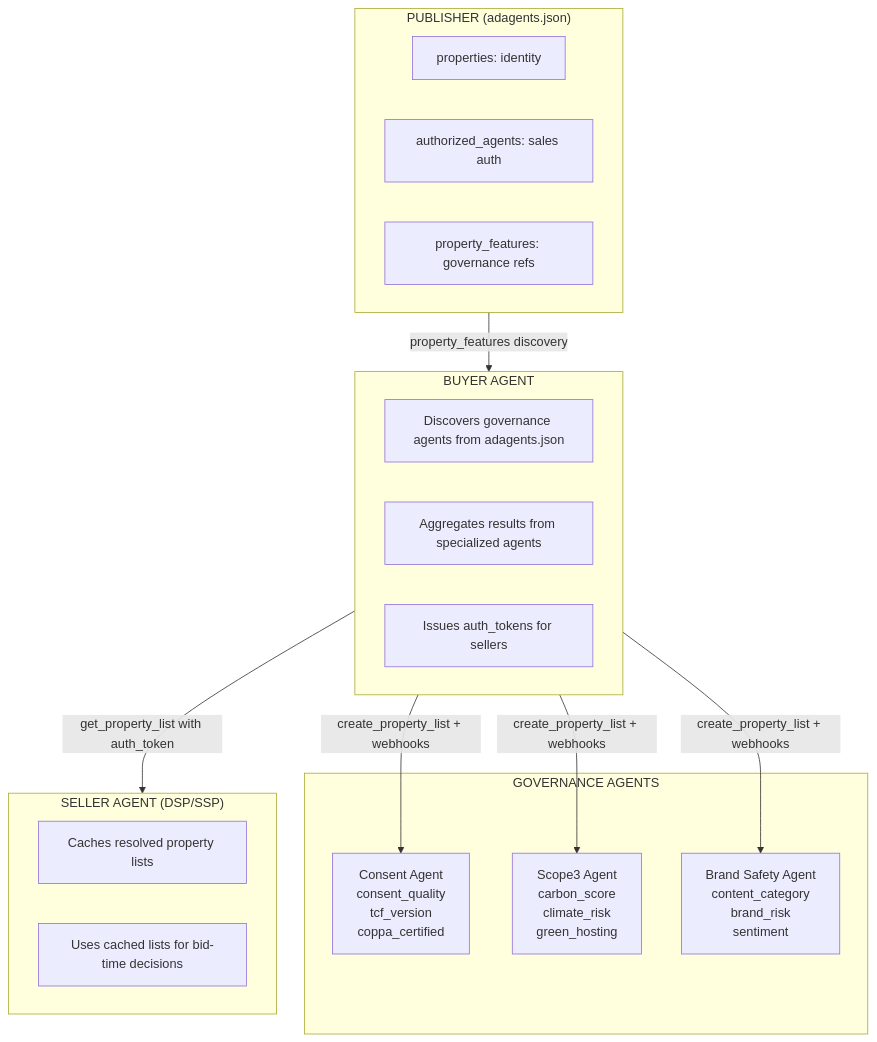
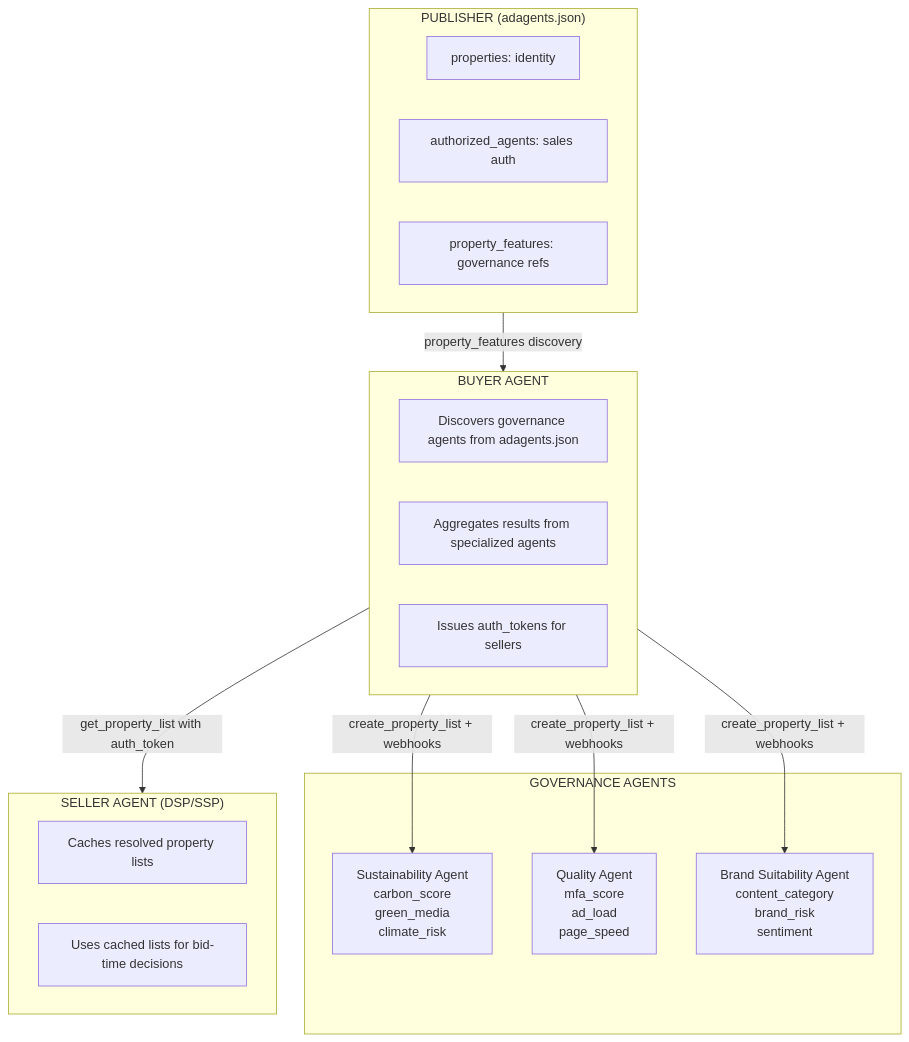
Before and after one commit to adcontextprotocol/adcp: the diagram in docs/governance/property/index.mdx, drawn with Mermaid. The commit also changed other lines of this file and 21 other files, not shown here.

````diff
--- a/docs/governance/property/index.mdx
+++ b/docs/governance/property/index.mdx
@@ -147,32 +147,32 @@
 ```mermaid
 flowchart TB
     subgraph Publisher["PUBLISHER (adagents.json)"]
         P1["properties: identity"]
         P2["authorized_agents: sales auth"]
         P3["property_features: governance refs"]
     end
 
     subgraph Buyer["BUYER AGENT"]
         B1[Discovers governance agents from adagents.json]
         B2[Aggregates results from specialized agents]
         B3[Issues auth_tokens for sellers]
     end
 
     subgraph Governance["GOVERNANCE AGENTS"]
-        CA["Consent Agent<br/>consent_quality<br/>tcf_version<br/>coppa_certified"]
-        S3["Scope3 Agent<br/>carbon_score<br/>climate_risk<br/>green_hosting"]
-        BS["Brand Safety Agent<br/>content_category<br/>brand_risk<br/>sentiment"]
+        SUS["Sustainability Agent<br/>carbon_score<br/>green_media<br/>climate_risk"]
+        QA["Quality Agent<br/>mfa_score<br/>ad_load<br/>page_speed"]
+        BS["Brand Suitability Agent<br/>content_category<br/>brand_risk<br/>sentiment"]
     end
 
     subgraph Seller["SELLER AGENT (DSP/SSP)"]
         SE1[Caches resolved property lists]
         SE2[Uses cached lists for bid-time decisions]
     end
 
     Publisher -->|property_features discovery| Buyer
-    Buyer -->|create_property_list + webhooks| CA
-    Buyer -->|create_property_list + webhooks| S3
+    Buyer -->|create_property_list + webhooks| SUS
+    Buyer -->|create_property_list + webhooks| QA
     Buyer -->|create_property_list + webhooks| BS
 
     Buyer -->|get_property_list with auth_token| Seller
 ```
````
